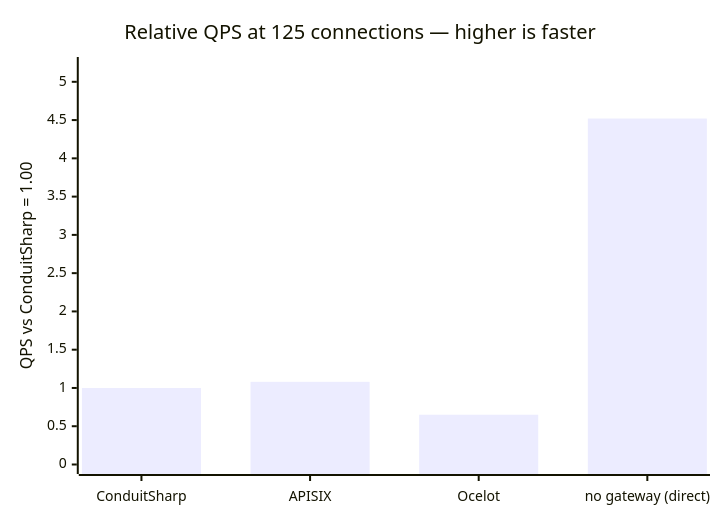
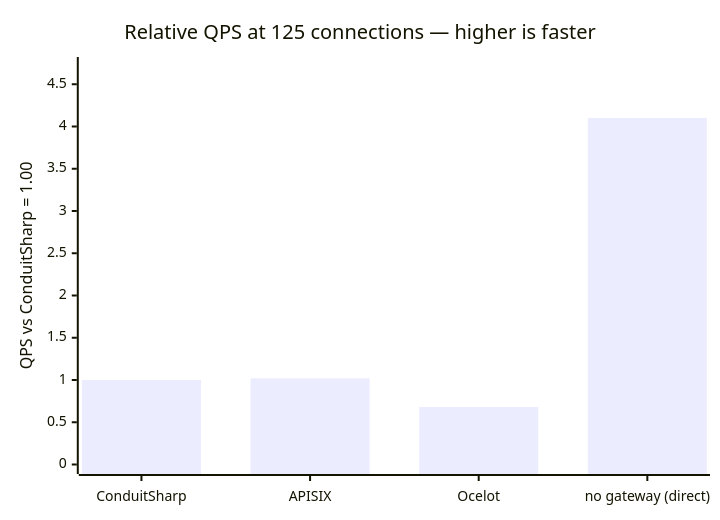
The first of 8 diagrams in README.md (liqngliz/ConduitSharp), drawn with Mermaid before and after one commit. The commit also changed other lines of this file and 1 other file, not shown here.

````diff
--- a/README.md
+++ b/README.md
@@ -59,7 +59,7 @@
 ```mermaid
 xychart-beta
     title "Relative QPS at 125 connections — higher is faster"
     x-axis ["ConduitSharp", "APISIX", "Ocelot", "no gateway (direct)"]
-    y-axis "QPS vs ConduitSharp = 1.00" 0 --> 5.20
-    bar [1.00, 1.08, 0.65, 4.52]
+    y-axis "QPS vs ConduitSharp = 1.00" 0 --> 4.71
+    bar [1.00, 1.02, 0.68, 4.10]
 ```
````
